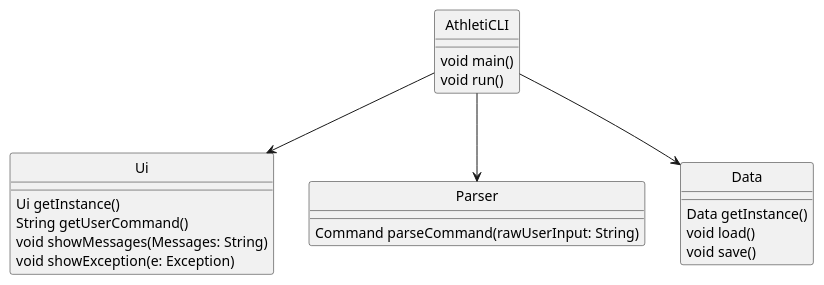
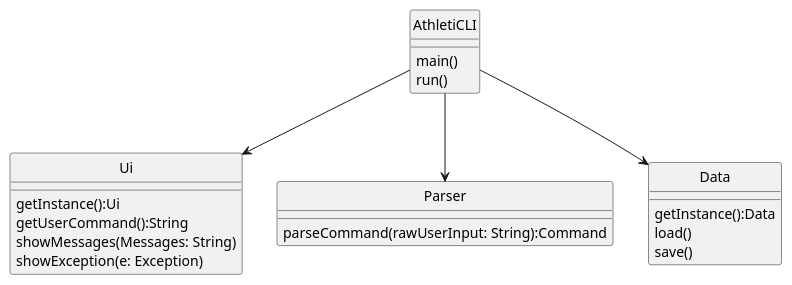
The diagram in docs/puml/MainClassDiagram.puml (AY2324S1-CS2113-T17-1/tp), drawn with PlantUML before and after one commit. The commit also changed 5 other files, not shown here.

Commit message:
Replace errornous representation of function in class diagram

```diff
--- a/docs/puml/MainClassDiagram.puml
+++ b/docs/puml/MainClassDiagram.puml
@@ -1,31 +1,31 @@
 @startuml
 'https://plantuml.com/class-diagram
 hide circle
 
 class AthletiCLI{
-    void main()
-    void run()
+    main()
+    run()
 
 }
 class Ui{
-    Ui getInstance()
-    String getUserCommand()
-    void showMessages(Messages: String)
-    void showException(e: Exception)
+    getInstance():Ui
+    getUserCommand():String
+    showMessages(Messages: String)
+    showException(e: Exception)
 
 }
 class Parser{
-     Command parseCommand(rawUserInput: String)
+     parseCommand(rawUserInput: String):Command
 }
 class Data{
-    Data getInstance()
-    void load()
-    void save()
+    getInstance():Data
+    load()
+    save()
 }
 
 
 
 AthletiCLI --> Ui
 AthletiCLI --> Parser
 AthletiCLI --> Data
 @enduml
```
